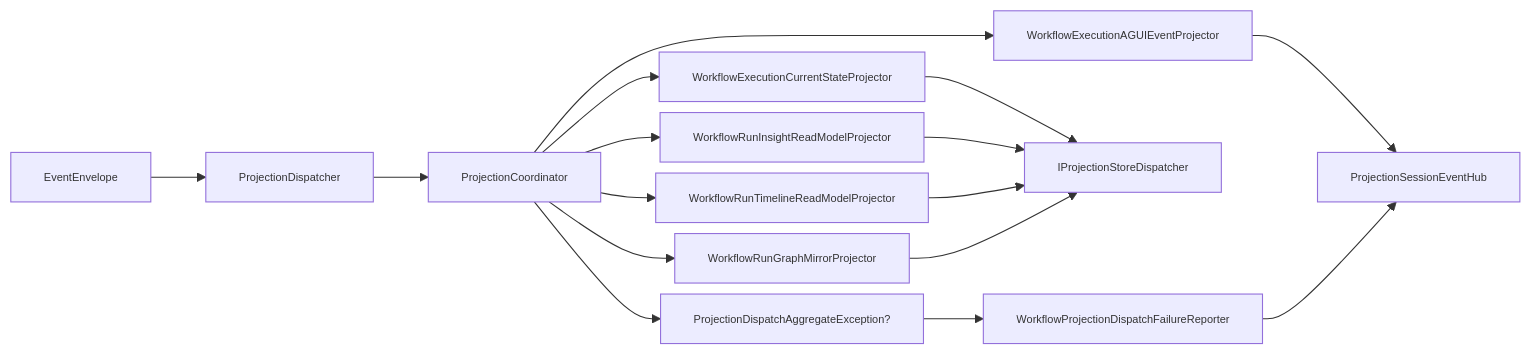
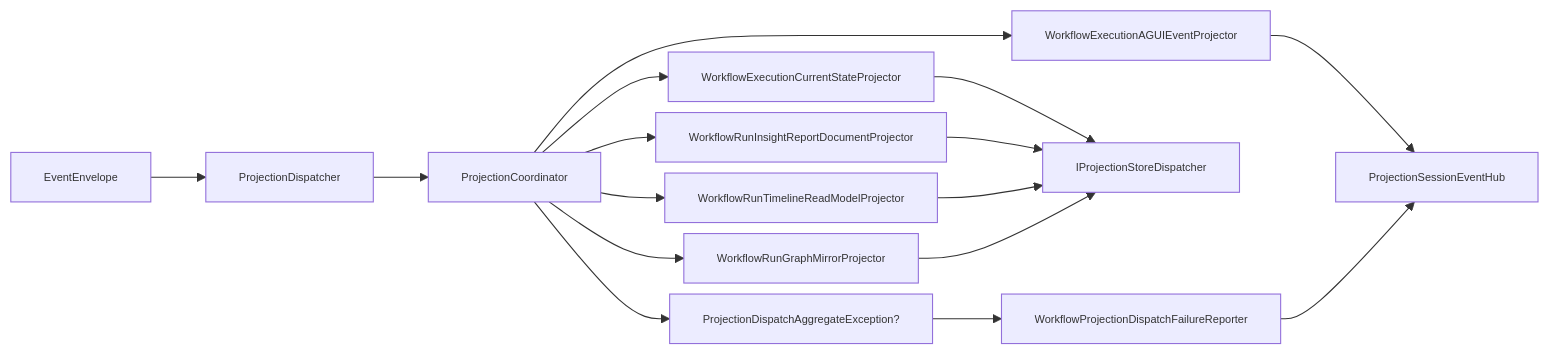
Before and after one commit to aevatarAI/aevatar: the fourth of 5 diagrams in docs/WORKFLOW_LLM_STREAMING_ARCHITECTURE.md, drawn with Mermaid. The commit also changed other lines of this file and 34 other files, not shown here.

First line of the commit message:
Refactor Workflow Projection Components and Update ReadModel Architecture

````diff
--- a/docs/WORKFLOW_LLM_STREAMING_ARCHITECTURE.md
+++ b/docs/WORKFLOW_LLM_STREAMING_ARCHITECTURE.md
@@ -231,19 +231,19 @@
 ```mermaid
 %%{init: {"maxTextSize": 100000, "flowchart": {"useMaxWidth": false, "nodeSpacing": 10, "rankSpacing": 50}, "themeVariables": {"fontSize": "10px"}}}%%
 flowchart LR
     EV["EventEnvelope"] --> DIS["ProjectionDispatcher"]
     DIS --> CO["ProjectionCoordinator"]
     CO --> P1["WorkflowExecutionCurrentStateProjector"]
-    CO --> P2["WorkflowRunInsightReadModelProjector"]
+    CO --> P2["WorkflowRunInsightReportDocumentProjector"]
     CO --> P3["WorkflowRunTimelineReadModelProjector"]
     CO --> P4["WorkflowRunGraphMirrorProjector"]
     CO --> P5["WorkflowExecutionAGUIEventProjector"]
     P1 --> STORE["IProjectionStoreDispatcher"]
     P2 --> STORE
     P3 --> STORE
     P4 --> STORE
     P5 --> HUB["ProjectionSessionEventHub"]
     CO --> AGG["ProjectionDispatchAggregateException?"]
     AGG --> REP["WorkflowProjectionDispatchFailureReporter"]
     REP --> HUB
 ```
````
